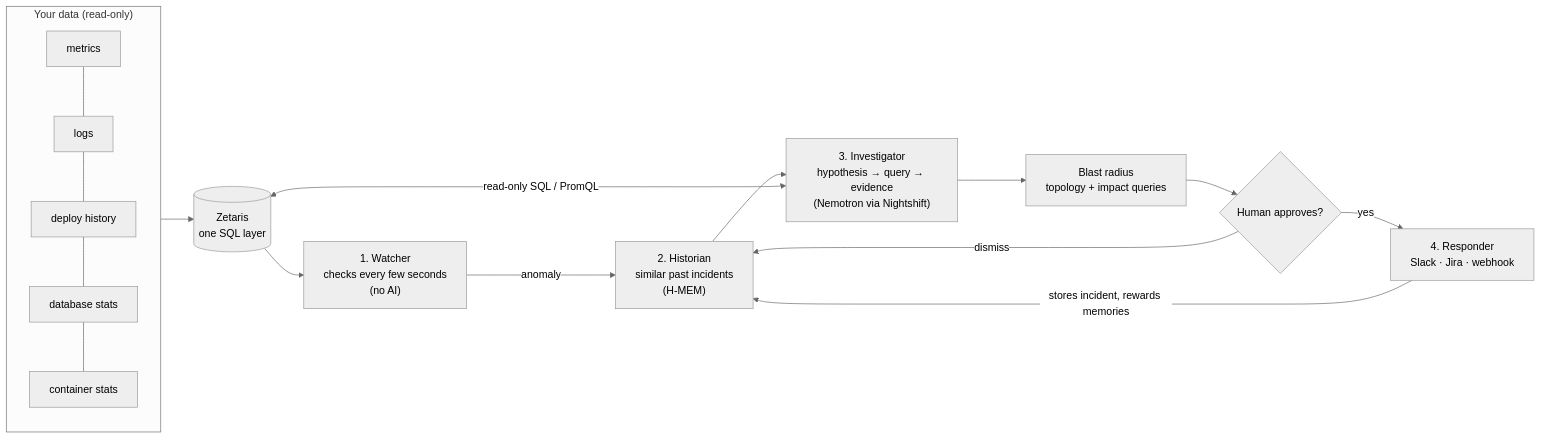
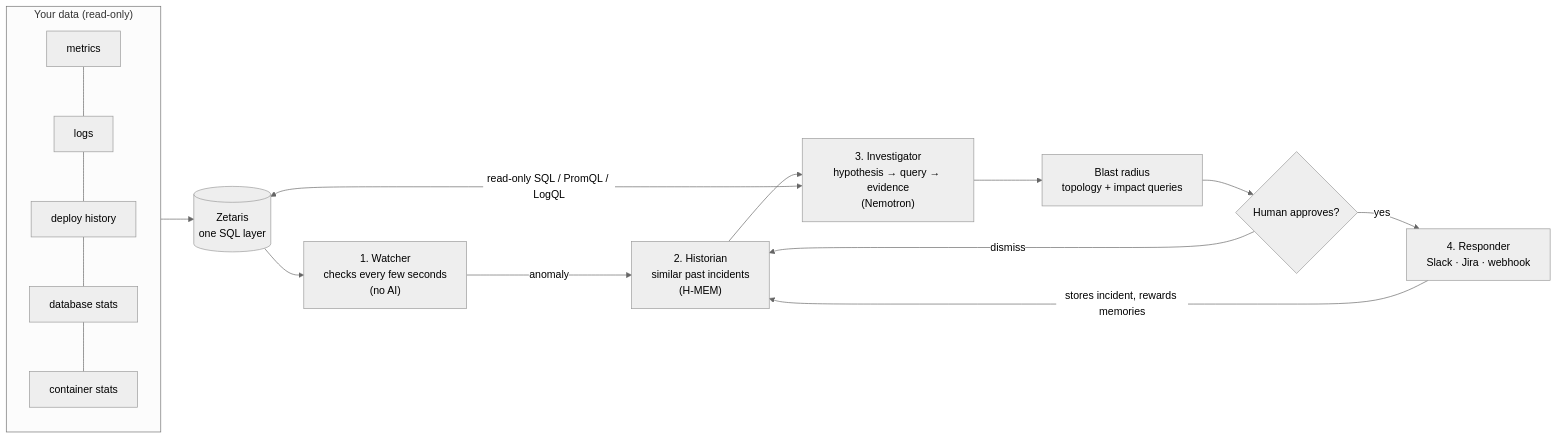
The diagram in README.md (samuel025/overwatch), drawn with Mermaid (neutral theme) before and after one commit. The commit also changed other lines of this file and 1 other file, not shown here.

````diff
--- a/README.md
+++ b/README.md
@@ -69,17 +49,17 @@
 ```mermaid
 flowchart LR
     subgraph data["Your data (read-only)"]
         M[metrics] --- L[logs] --- D[deploy history] --- DB[database stats] --- C[container stats]
     end
     Z[(Zetaris<br/>one SQL layer)]
     data --> Z
     Z --> W
     W["1. Watcher<br/>checks every few seconds<br/>(no AI)"] -->|anomaly| H["2. Historian<br/>similar past incidents<br/>(H-MEM)"]
-    H --> I["3. Investigator<br/>hypothesis → query → evidence<br/>(Nemotron via Nightshift)"]
-    I <-->|read-only SQL / PromQL| Z
+    H --> I["3. Investigator<br/>hypothesis → query → evidence<br/>(Nemotron)"]
+    I <-->|read-only SQL / PromQL / LogQL| Z
     I --> B["Blast radius<br/>topology + impact queries"]
     B --> A{Human approves?}
     A -->|yes| R["4. Responder<br/>Slack · Jira · webhook"]
     R -->|stores incident, rewards memories| H
     A -->|dismiss| H
 ```
````
